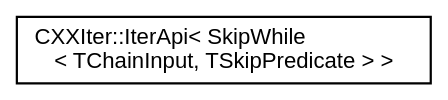
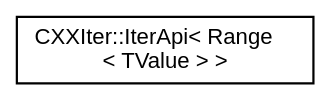
Before and after one commit to seijikun/CXXIter: the diagram in inherit_graph_12.dot, drawn with Graphviz. The commit also changed 78 other files, not shown here.

```diff
--- a/inherit_graph_12.dot
+++ b/inherit_graph_12.dot
@@ -1,10 +1,10 @@
 digraph "Graphical Class Hierarchy"
 {
  // INTERACTIVE_SVG=YES
  // LATEX_PDF_SIZE
   bgcolor="transparent";
   edge [fontname="Helvetica",fontsize="10",labelfontname="Helvetica",labelfontsize="10"];
   node [fontname="Helvetica",fontsize="10",shape=record];
   rankdir="LR";
-  Node0 [label="CXXIter::IterApi\< SkipWhile\l\< TChainInput, TSkipPredicate \> \>",height=0.2,width=0.4,color="black",URL="$classCXXIter_1_1IterApi.html",tooltip=" "];
+  Node0 [label="CXXIter::IterApi\< Range\l\< TValue \> \>",height=0.2,width=0.4,color="black",URL="$classCXXIter_1_1IterApi.html",tooltip=" "];
 }
```
